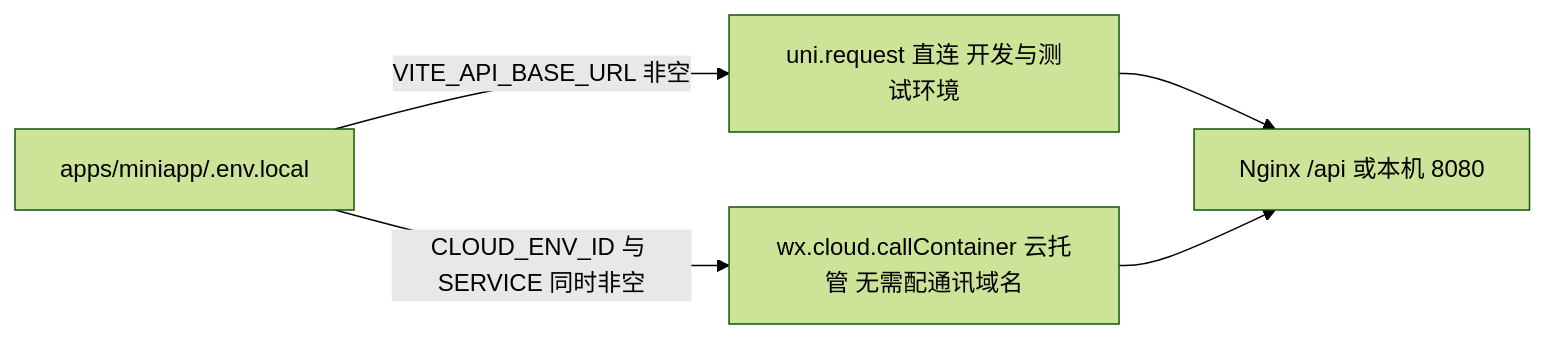
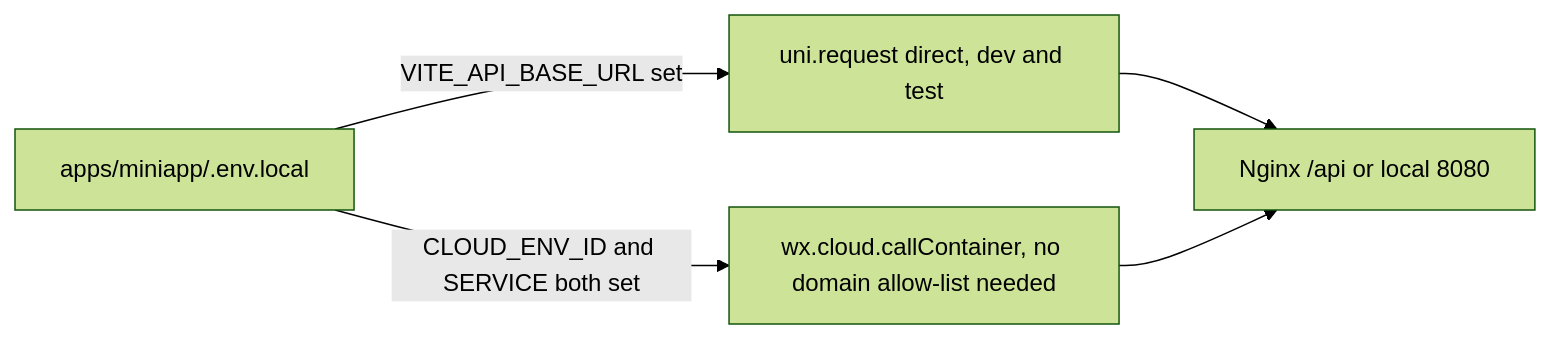
The fifth of 5 diagrams in README.md (Vehicle-Health-Manager-Platform/Vehicle-Health-Manager-Platform), drawn with Mermaid (forest theme) before and after one commit. The commit also changed other lines of this file and 1 other file, not shown here.

````diff
--- a/README.md
+++ b/README.md
@@ -636,7 +753,7 @@
 ```mermaid
 flowchart LR
-    A["apps/miniapp/.env.local"] -->|"VITE_API_BASE_URL 非空"| B["uni.request 直连 开发与测试环境"]
-    A -->|"CLOUD_ENV_ID 与 SERVICE 同时非空"| C["wx.cloud.callContainer 云托管 无需配通讯域名"]
-    B --> D["Nginx /api 或本机 8080"]
+    A["apps/miniapp/.env.local"] -->|"VITE_API_BASE_URL set"| B["uni.request direct, dev and test"]
+    A -->|"CLOUD_ENV_ID and SERVICE both set"| C["wx.cloud.callContainer, no domain allow-list needed"]
+    B --> D["Nginx /api or local 8080"]
     C --> D
 ```
````
